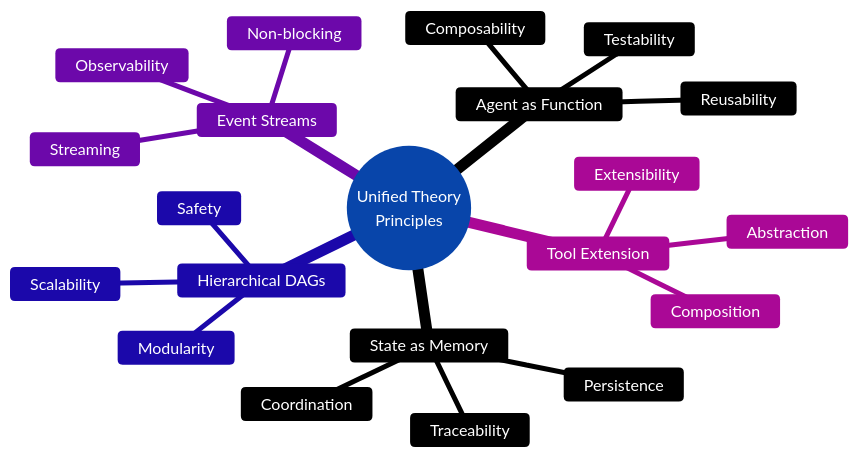
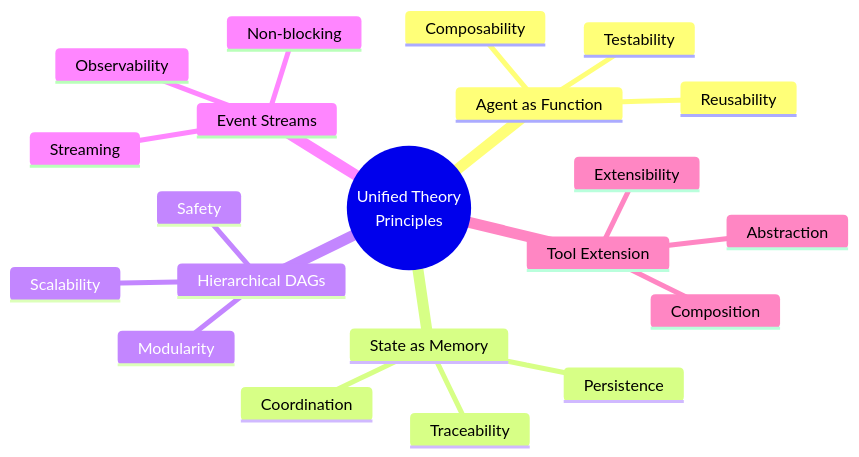
One commit to xkrajnan/Agentic_Design_Patterns changed the seventh of 37 diagrams in docs/10_UNIFIED_THEORY.md. Above: the diagram before and after it, drawn with Mermaid. The commit also changed other lines of this file and 1 other file, not shown here.

````diff
--- a/docs/10_UNIFIED_THEORY.md
+++ b/docs/10_UNIFIED_THEORY.md
@@ -409,25 +403,24 @@
 ```mermaid
-%%{init: {'theme':'base','themeVariables':{'primaryColor':'#3b82f6','primaryTextColor':'#ffffff','primaryBorderColor':'#60a5fa','lineColor':'#94a3b8','secondaryColor':'#1e293b','tertiaryColor':'#0f172a','background':'#0f172a','mainBkg':'#1e293b','secondaryBkg':'#334155','tertiaryBkg':'#475569','textColor':'#f1f5f9','border1':'#64748b','border2':'#475569','nodeBorder':'#94a3b8','clusterBkg':'#1e293b','clusterBorder':'#64748b','titleColor':'#ffffff','edgeLabelBackground':'#1e293b','edgeLabelText':'#f1f5f9'}}}%%
 mindmap
   root((Unified Theory<br/>Principles))
     Agent as Function
       Composability
       Reusability
       Testability
     State as Memory
       Persistence
       Coordination
       Traceability
     Hierarchical DAGs
       Modularity
       Scalability
       Safety
     Event Streams
       Streaming
       Non-blocking
       Observability
     Tool Extension
       Extensibility
       Abstraction
       Composition
 ```
````
